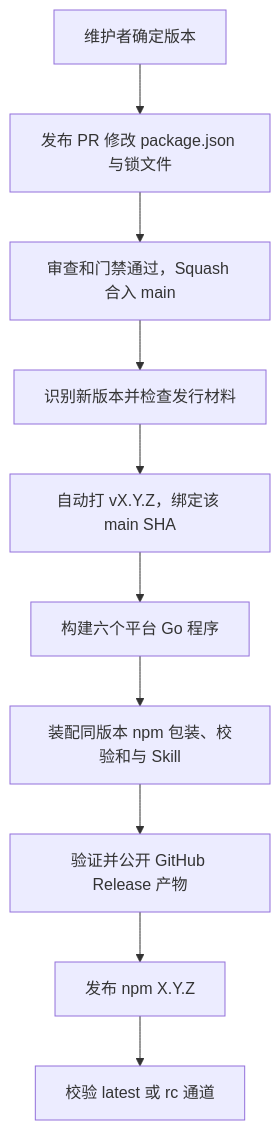
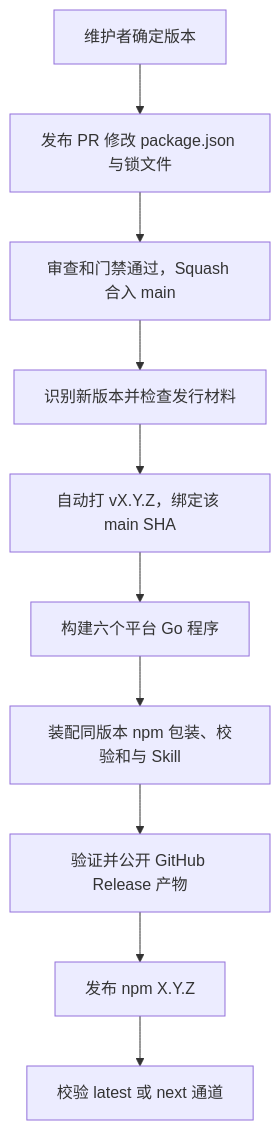
The diagram in RELEASING.md (validflow/ccneed-cli), drawn with Mermaid before and after one commit. The commit also changed other lines of this file and 10 other files, not shown here.

````diff
--- a/RELEASING.md
+++ b/RELEASING.md
@@ -5,12 +5,12 @@
 ```mermaid
 flowchart TD
     A[维护者确定版本] --> B[发布 PR 修改 package.json 与锁文件]
     B --> C[审查和门禁通过，Squash 合入 main]
     C --> D[识别新版本并检查发行材料]
     D --> E[自动打 vX.Y.Z，绑定该 main SHA]
     E --> F[构建六个平台 Go 程序]
     F --> G[装配同版本 npm 包装、校验和与 Skill]
     G --> H[验证并公开 GitHub Release 产物]
     H --> I[发布 npm X.Y.Z]
-    I --> J[校验 latest 或 rc 通道]
+    I --> J[校验 latest 或 next 通道]
 ```
````
